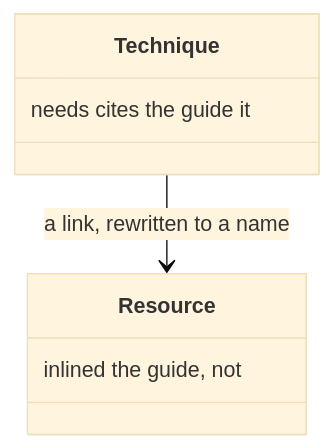
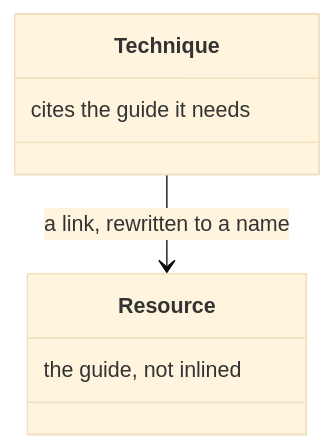
Before and after one commit to m2ux/workflow-server: diagram 30 of 34 in docs/resolution.md, drawn with Mermaid (base theme). The commit also changed other lines of this file and 10 other files, not shown here.

Commit message:
Write each class-box note in reading order so the diagram shows the phrase as written.

````diff
--- a/docs/resolution.md
+++ b/docs/resolution.md
@@ -584,10 +584,10 @@
 ```mermaid
 classDiagram
   class Technique {
-    needs cites the guide it
+    cites the guide it needs
   }
   class Resource {
-    inlined the guide, not
+    the guide, not inlined
   }
   Technique --> Resource : a link, rewritten to a name
 ```
````
